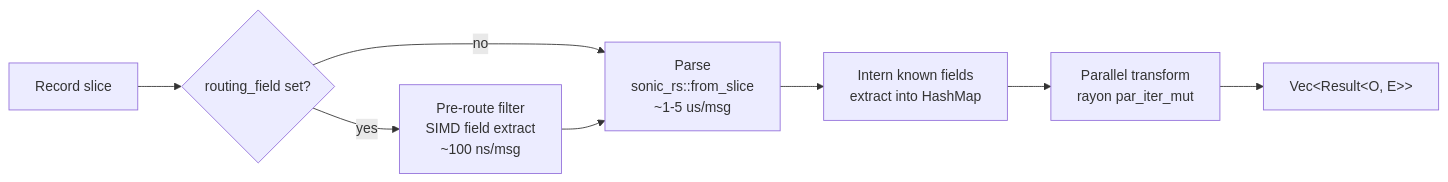
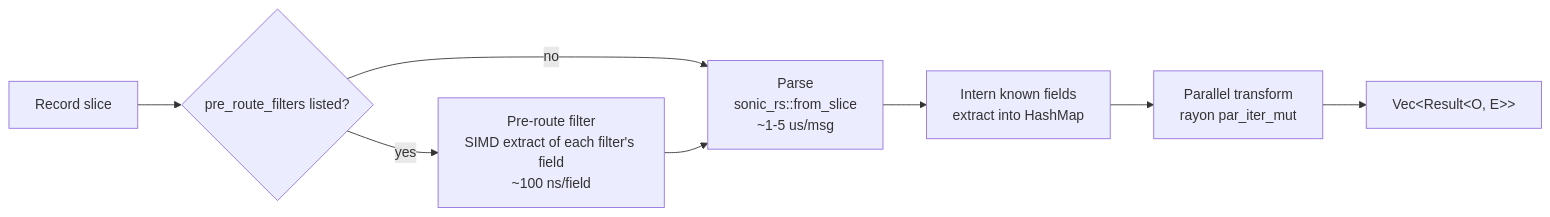
Before and after one commit to hyperi-io/scalo-rs: the diagram in docs/pipeline/batch-engine.md, drawn with Mermaid. The commit also changed other lines of this file and 116 other files, not shown here.

````diff
--- a/docs/pipeline/batch-engine.md
+++ b/docs/pipeline/batch-engine.md
@@ -29,10 +29,10 @@
 ```mermaid
 flowchart LR
-    R[Record slice] --> C{routing_field set?}
-    C -->|yes| F[Pre-route filter<br/>SIMD field extract<br/>~100 ns/msg]
+    R[Record slice] --> C{pre_route_filters listed?}
+    C -->|yes| F[Pre-route filter<br/>SIMD extract of each filter's field<br/>~100 ns/field]
     C -->|no| P
     F --> P[Parse<br/>sonic_rs::from_slice<br/>~1-5 us/msg]
     P --> I[Intern known fields<br/>extract into HashMap]
     I --> T[Parallel transform<br/>rayon par_iter_mut]
     T --> O[Vec&lt;Result&lt;O, E&gt;&gt;]
 ```
````
